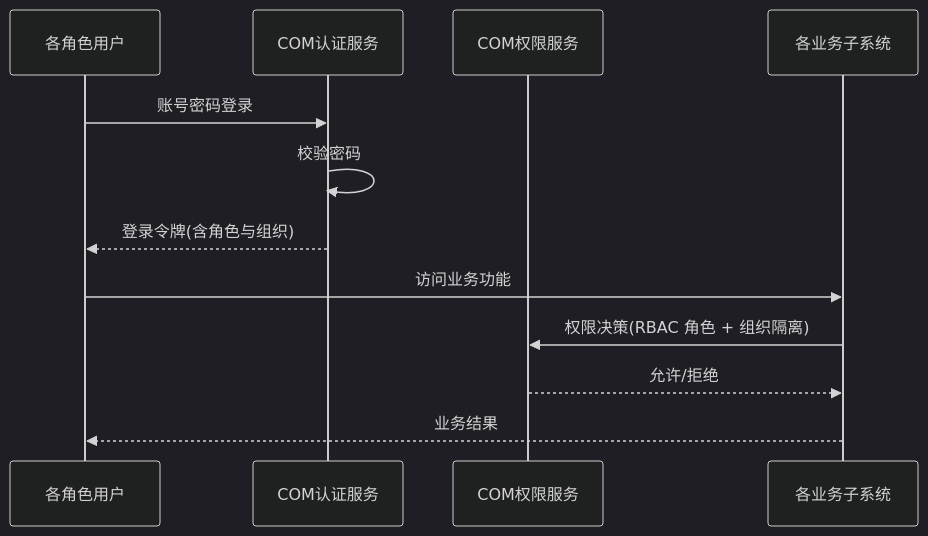
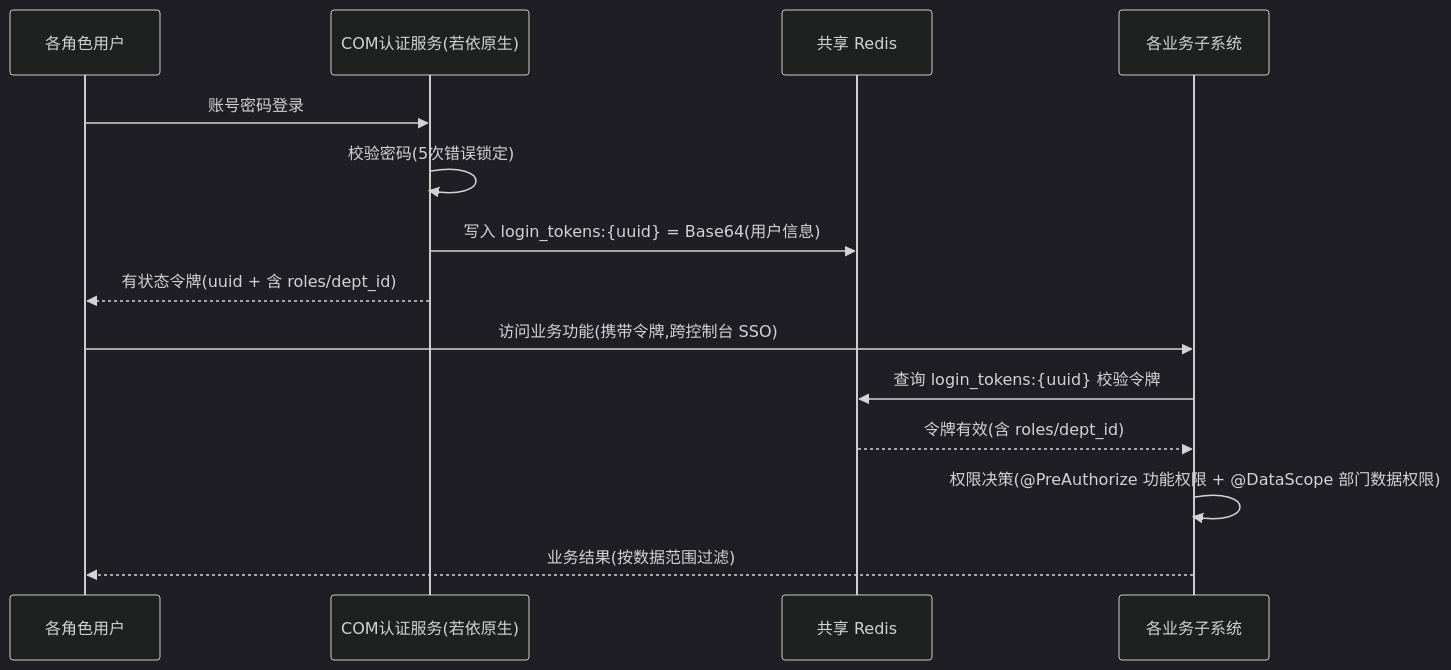
Before and after one commit to Sj-g/obsidian: the second of 2 diagrams in 公司项目/认知作战/文档/SRS/软件需求规格说明-COM子系统.md, drawn with Mermaid (dark theme). The commit also changed other lines of this file and 8 other files, not shown here.

````diff
--- a/公司项目/认知作战/文档/SRS/软件需求规格说明-COM子系统.md
+++ b/公司项目/认知作战/文档/SRS/软件需求规格说明-COM子系统.md
@@ -85,14 +87,16 @@
 ```mermaid
 sequenceDiagram
   participant 用户 as 各角色用户
-  participant 认证 as COM认证服务
-  participant 权限 as COM权限服务
+  participant 认证 as COM认证服务(若依原生)
+  participant Redis as 共享 Redis
   participant 业务 as 各业务子系统
   用户->>认证: 账号密码登录
-  认证->>认证: 校验密码
-  认证-->>用户: 登录令牌(含角色与组织)
-  用户->>业务: 访问业务功能
-  业务->>权限: 权限决策(RBAC 角色 + 组织隔离)
-  权限-->>业务: 允许/拒绝
-  业务-->>用户: 业务结果
+  认证->>认证: 校验密码(5次错误锁定)
+  认证->>Redis: 写入 login_tokens:{uuid} = Base64(用户信息)
+  认证-->>用户: 有状态令牌(uuid + 含 roles/dept_id)
+  用户->>业务: 访问业务功能(携带令牌,跨控制台 SSO)
+  业务->>Redis: 查询 login_tokens:{uuid} 校验令牌
+  Redis-->>业务: 令牌有效(含 roles/dept_id)
+  业务->>业务: 权限决策(@PreAuthorize 功能权限 + @DataScope 部门数据权限)
+  业务-->>用户: 业务结果(按数据范围过滤)
 ```
````
